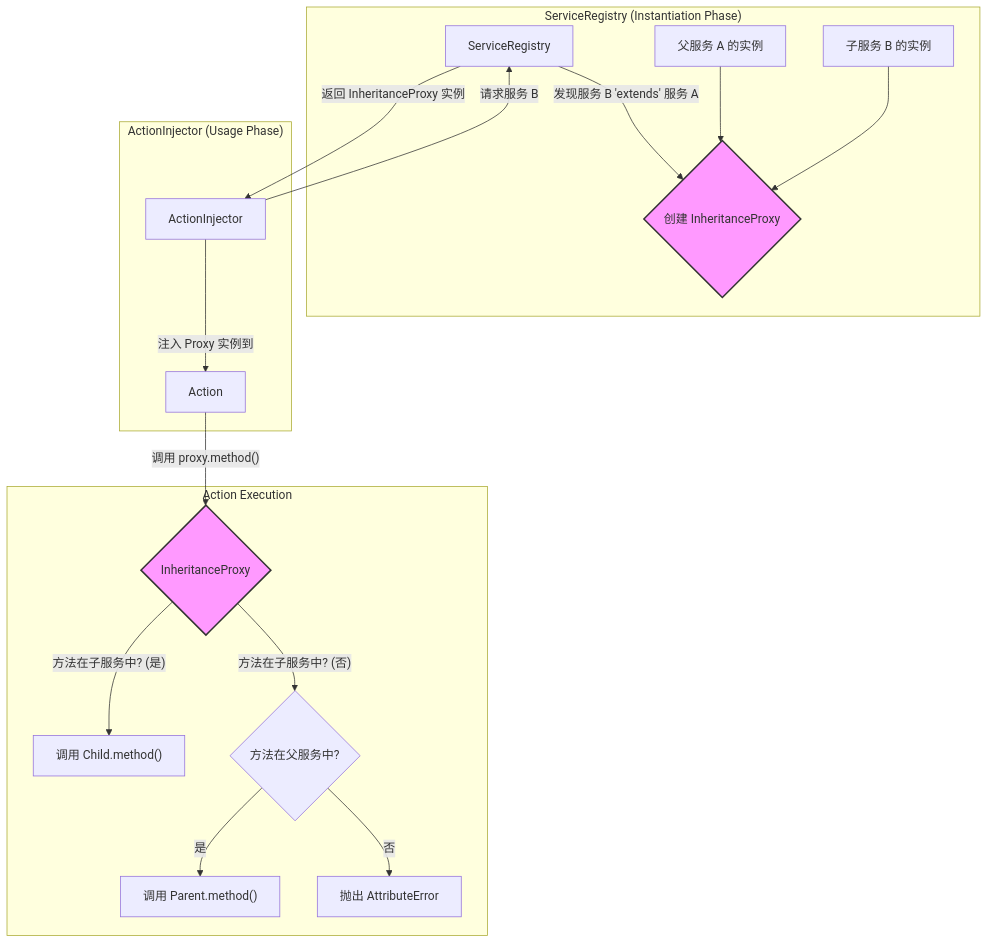
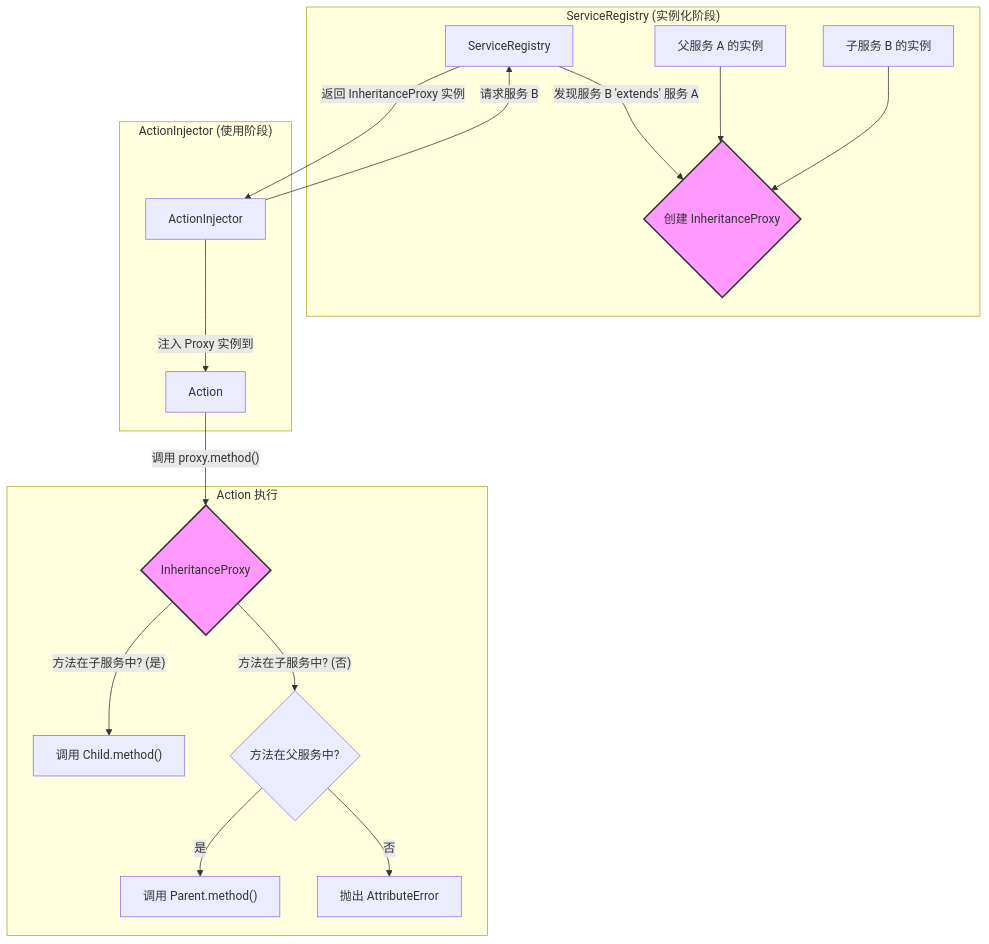
The diagram in readme/core_doc/inheritance_proxy.md (nightofknife/aura-framework), drawn with Mermaid before and after one commit. The commit also changed other lines of this file and 22 other files, not shown here.

````diff
--- a/readme/core_doc/inheritance_proxy.md
+++ b/readme/core_doc/inheritance_proxy.md
@@ -15,25 +16,25 @@
 ```mermaid
 graph TD
-    subgraph "ServiceRegistry (Instantiation Phase)"
+    subgraph "ServiceRegistry (实例化阶段)"
         A[ServiceRegistry] -- "发现服务 B 'extends' 服务 A" --> B{创建 InheritanceProxy}
         Parent["父服务 A 的实例"] --> B
         Child["子服务 B 的实例"] --> B
     end
 
-    subgraph "ActionInjector (Usage Phase)"
+    subgraph "ActionInjector (使用阶段)"
         C[ActionInjector] -- "请求服务 B" --> A
         A -- "返回 InheritanceProxy 实例" --> C
         C -- "注入 Proxy 实例到" --> D[Action]
     end
 
-    subgraph "Action Execution"
+    subgraph "Action 执行"
         D -- "调用 proxy.method()" --> E{InheritanceProxy}
         E -- "方法在子服务中? (是)" --> F["调用 Child.method()"]
         E -- "方法在子服务中? (否)" --> G{方法在父服务中?}
         G -- "是" --> H["调用 Parent.method()"]
         G -- "否" --> I["抛出 AttributeError"]
     end
 
     style B fill:#f9f,stroke:#333,stroke-width:2px
     style E fill:#f9f,stroke:#333,stroke-width:2px
 ```
````
